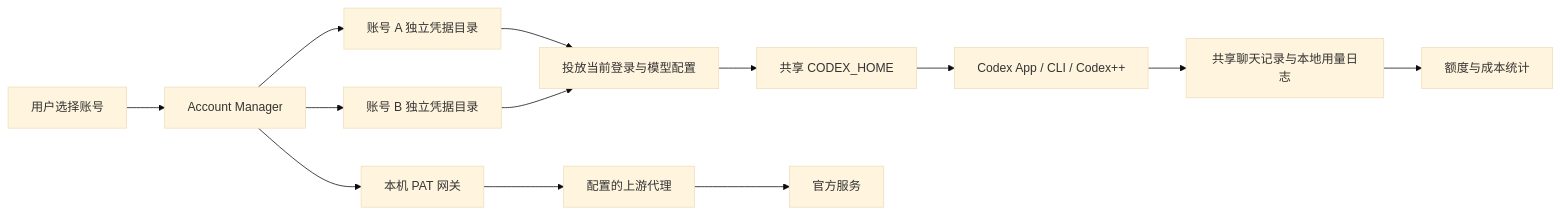
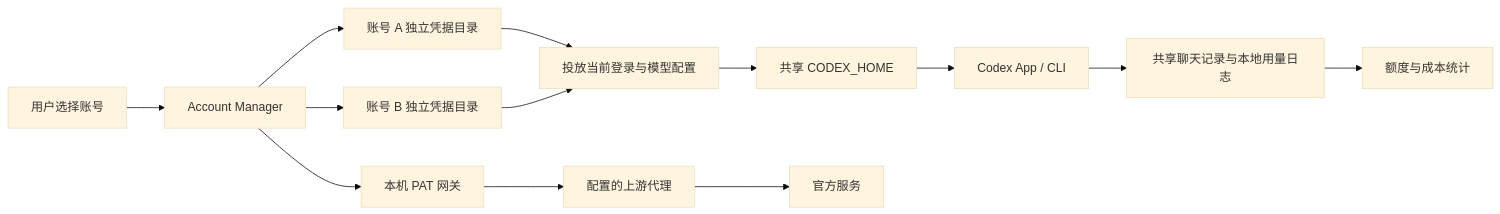
One commit to bennettnaida-cloud/codex-account-manager changed the diagram in README.md. Above: the diagram before and after it, drawn with Mermaid (base theme). The commit also changed other lines of this file and 21 other files, not shown here.

````diff
--- a/README.md
+++ b/README.md
@@ -56,15 +56,15 @@
 ```mermaid
 flowchart LR
     U["用户选择账号"] --> M["Account Manager"]
     M --> A["账号 A 独立凭据目录"]
     M --> B["账号 B 独立凭据目录"]
     A --> P["投放当前登录与模型配置"]
     B --> P
     P --> H["共享 CODEX_HOME"]
-    H --> C["Codex App / CLI / Codex++"]
+    H --> C["Codex App / CLI"]
     C --> L["共享聊天记录与本地用量日志"]
     L --> S["额度与成本统计"]
     M --> G["本机 PAT 网关"]
     G --> X["配置的上游代理"]
     X --> O["官方服务"]
 ```
````
